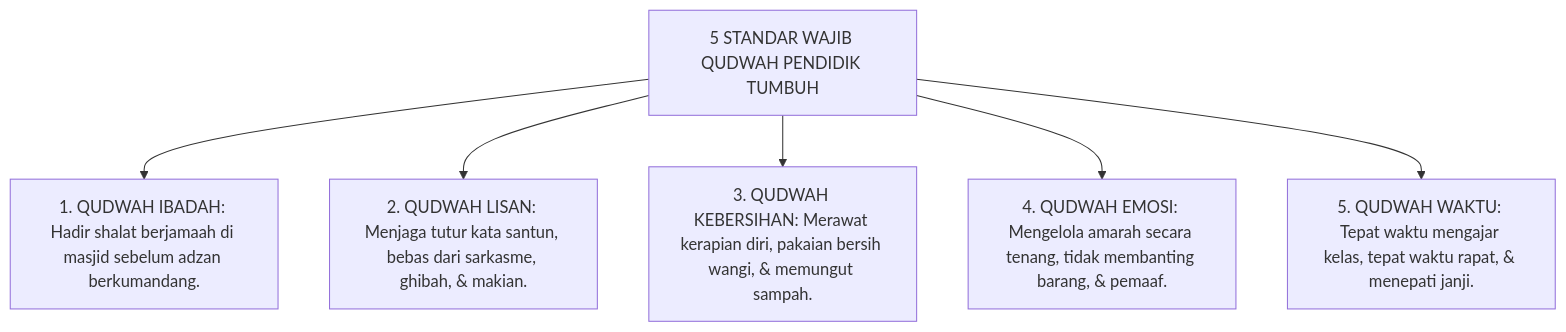
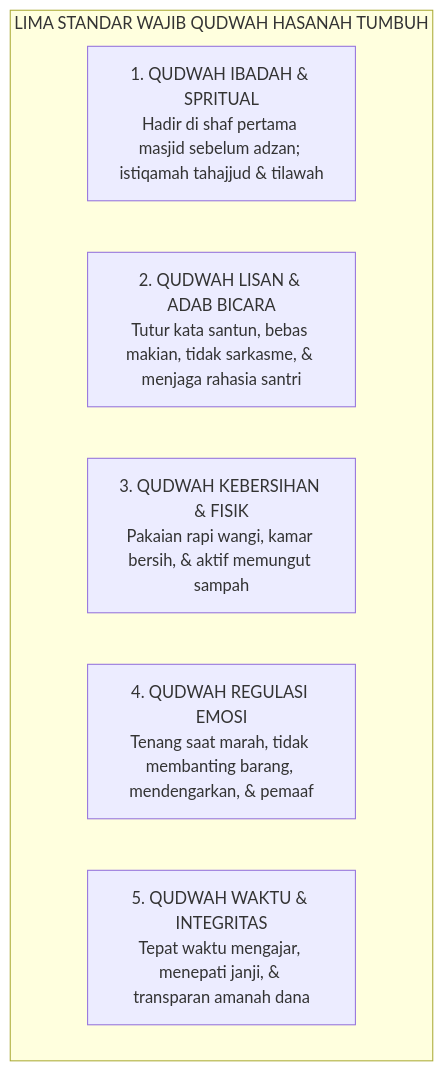
The fourth of 9 diagrams in 02 Principles/01 Core Principles/P2-01-03-Prinsip-Keteladanan-Qudwah-First.md (wandiapriliyandi/tumbuh), drawn with Mermaid before and after one commit. The commit also changed other lines of this file and 9 other files, not shown here.

````diff
--- a/02 Principles/01 Core Principles/P2-01-03-Prinsip-Keteladanan-Qudwah-First.md
+++ b/02 Principles/01 Core Principles/P2-01-03-Prinsip-Keteladanan-Qudwah-First.md
@@ -75,10 +179,10 @@
 ```mermaid
 graph TD
-    StandarQudwah["5 STANDAR WAJIB QUDWAH PENDIDIK TUMBUH"]
-    
-    StandarQudwah --> Q1["1. QUDWAH IBADAH: Hadir shalat berjamaah di masjid sebelum adzan berkumandang."]
-    StandarQudwah --> Q2["2. QUDWAH LISAN: Menjaga tutur kata santun, bebas dari sarkasme, ghibah, & makian."]
-    StandarQudwah --> Q3["3. QUDWAH KEBERSIHAN: Merawat kerapian diri, pakaian bersih wangi, & memungut sampah."]
-    StandarQudwah --> Q4["4. QUDWAH EMOSI: Mengelola amarah secara tenang, tidak membanting barang, & pemaaf."]
-    StandarQudwah --> Q5["5. QUDWAH WAKTU: Tepat waktu mengajar kelas, tepat waktu rapat, & menepati janji."]
+    subgraph LimaDimensiQudwah["LIMA STANDAR WAJIB QUDWAH HASANAH TUMBUH"]
+        Q1["1. QUDWAH IBADAH & SPRITUAL<br/>Hadir di shaf pertama masjid sebelum adzan; istiqamah tahajjud & tilawah"]
+        Q2["2. QUDWAH LISAN & ADAB BICARA<br/>Tutur kata santun, bebas makian, tidak sarkasme, & menjaga rahasia santri"]
+        Q3["3. QUDWAH KEBERSIHAN & FISIK<br/>Pakaian rapi wangi, kamar bersih, & aktif memungut sampah"]
+        Q4["4. QUDWAH REGULASI EMOSI<br/>Tenang saat marah, tidak membanting barang, mendengarkan, & pemaaf"]
+        Q5["5. QUDWAH WAKTU & INTEGRITAS<br/>Tepat waktu mengajar, menepati janji, & transparan amanah dana"]
+    end
 ```
````
